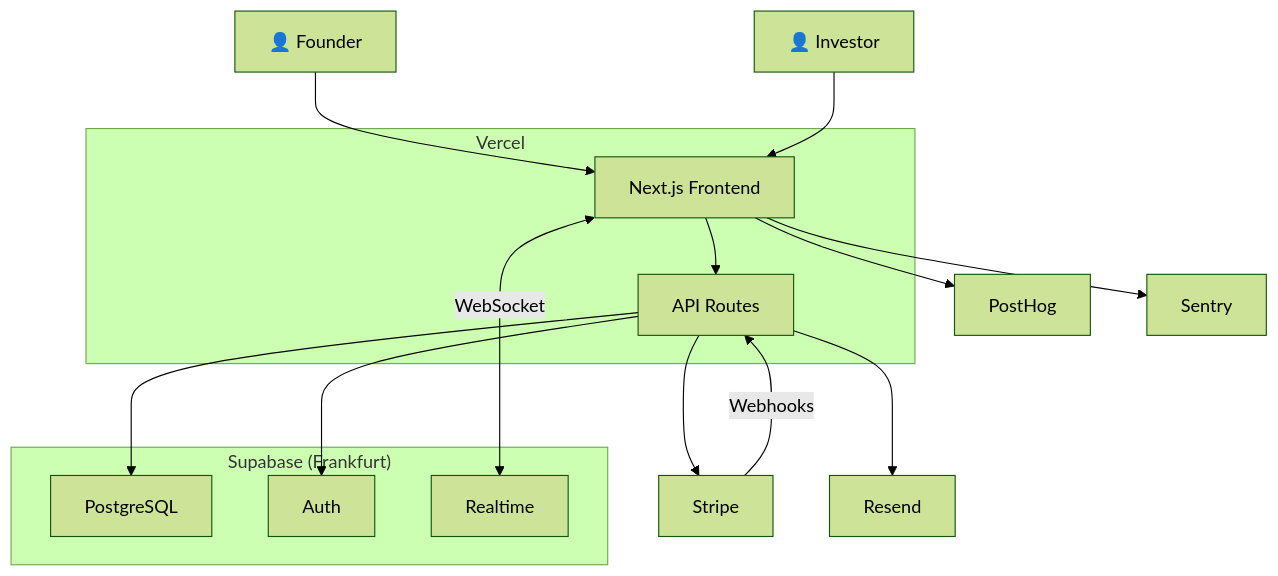
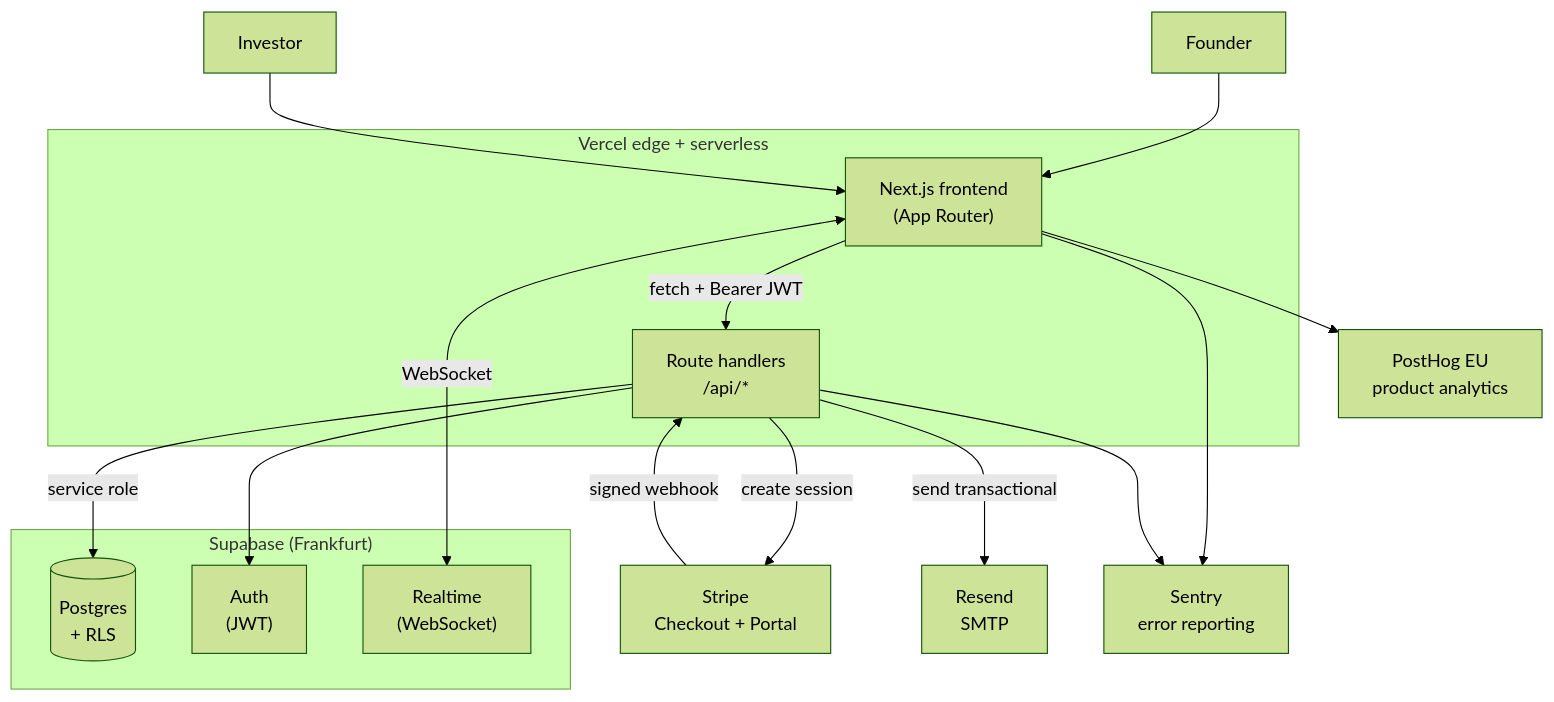
Before and after one commit to kurzmichael02-hue/fundflow: the first of 5 diagrams in README.md, drawn with Mermaid (forest theme). The commit also changed other lines of this file and 15 other files, not shown here.

First line of the commit message:
feat: forgot/reset password flow

````diff
--- a/README.md
+++ b/README.md
@@ -35,33 +50,34 @@
 ```mermaid
 graph TB
-    Founder["👤 Founder"]
-    Investor["👤 Investor"]
+    Founder["Founder"]
+    Investor["Investor"]
 
-    subgraph Vercel["Vercel"]
-        FE["Next.js Frontend"]
-        API["API Routes"]
+    subgraph Vercel["Vercel edge + serverless"]
+        FE["Next.js frontend<br/>(App Router)"]
+        API["Route handlers<br/>/api/*"]
     end
 
     subgraph Supabase["Supabase (Frankfurt)"]
-        DB["PostgreSQL"]
-        Auth["Auth"]
-        RT["Realtime"]
+        DB[("Postgres<br/>+ RLS")]
+        Auth["Auth<br/>(JWT)"]
+        RT["Realtime<br/>(WebSocket)"]
     end
 
-    Stripe["Stripe"]
-    Resend["Resend"]
-    PostHog["PostHog"]
-    Sentry["Sentry"]
+    Stripe["Stripe<br/>Checkout + Portal"]
+    Resend["Resend<br/>SMTP"]
+    PostHog["PostHog EU<br/>product analytics"]
+    Sentry["Sentry<br/>error reporting"]
 
     Founder --> FE
     Investor --> FE
-    FE --> API
+    FE -->|fetch + Bearer JWT| API
     FE <-->|WebSocket| RT
-    API --> DB
+    API -->|service role| DB
     API --> Auth
-    API --> Stripe
-    Stripe -->|Webhooks| API
-    API --> Resend
+    API -->|create session| Stripe
+    Stripe -->|signed webhook| API
+    API -->|send transactional| Resend
     FE --> PostHog
     FE --> Sentry
+    API --> Sentry
 ```
````
